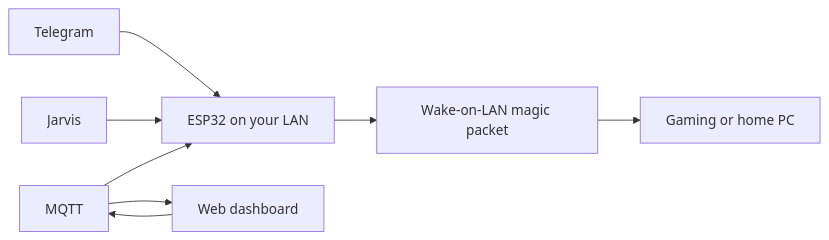
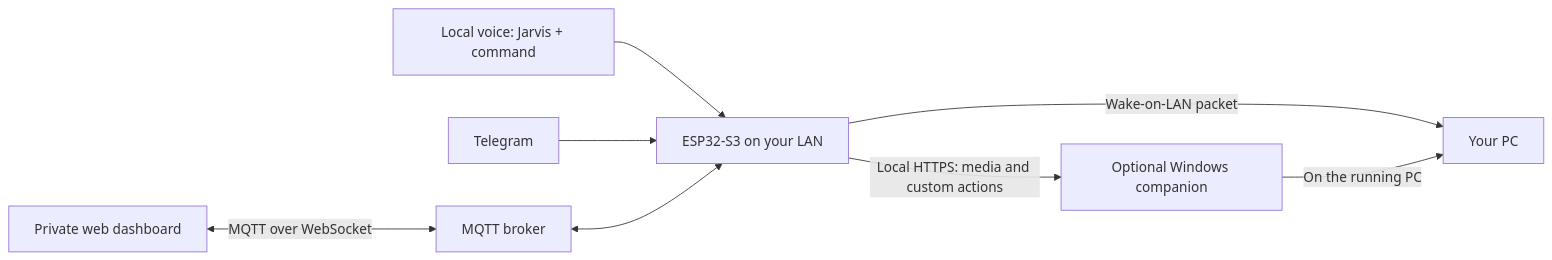
The diagram in README.md (Jonathan0823/esp32-pc-remote), drawn with Mermaid before and after one commit. The commit also changed other lines of this file and 2 other files, not shown here.

````diff
--- a/README.md
+++ b/README.md
@@ -20,10 +42,10 @@
 ```mermaid
 flowchart LR
-    Telegram[Telegram] --> ESP32[ESP32 on your LAN]
-    Voice["Jarvis"] --> ESP32
-    MQTT[MQTT] --> Dashboard[Web dashboard]
-    Dashboard --> MQTT
-    MQTT --> ESP32
-    ESP32 --> WOL[Wake-on-LAN magic packet]
-    WOL --> PC[Gaming or home PC]
+    Voice["Local voice: Jarvis + command"] --> ESP32[ESP32-S3 on your LAN]
+    Telegram[Telegram] --> ESP32
+    Dashboard[Private web dashboard] <-->|MQTT over WebSocket| Broker[MQTT broker]
+    Broker <--> ESP32
+    ESP32 -->|Wake-on-LAN packet| PC[Your PC]
+    ESP32 -->|Local HTTPS: media and custom actions| Companion[Optional Windows companion]
+    Companion -->|On the running PC| PC
 ```
````
